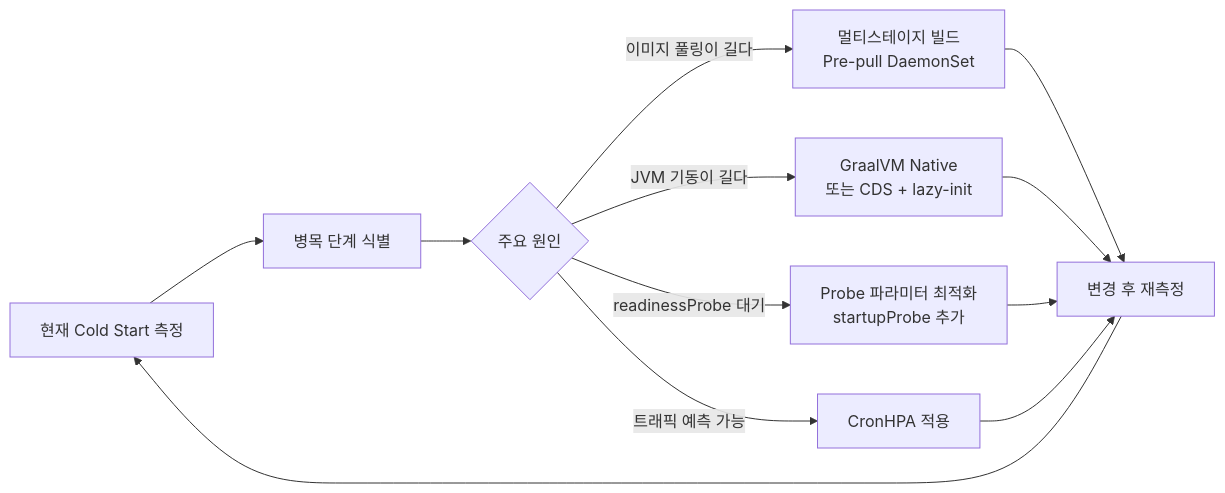
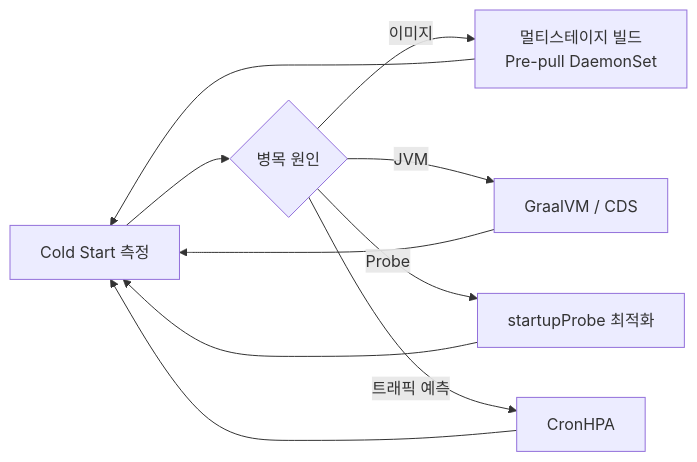
Before and after one commit to yjkim2015/yjkim2015.github.io: the fifth of 5 diagrams in _posts/cloud/2026-05-02-kubernetes-cold-start.md, drawn with Mermaid. The commit also changed other lines of this file and 215 other files, not shown here.

First line of the commit message:
신규 포스트 10개 추가 + Mermaid 전면 축소 + SystemDesign 시리즈 보강

````diff
--- a/_posts/cloud/2026-05-02-kubernetes-cold-start.md
+++ b/_posts/cloud/2026-05-02-kubernetes-cold-start.md
@@ -533,14 +526,9 @@
 ```mermaid
 graph LR
-    Measure["현재 Cold Start 측정"] --> Identify["병목 단계 식별"]
-    Identify --> B{"주요 원인"}
-    B -->|"이미지 풀링이 길다"| ImageOpt["멀티스테이지 빌드\nPre-pull DaemonSet"]
-    B -->|"JVM 기동이 길다"| JvmOpt["GraalVM Native\n또는 CDS + lazy-init"]
-    B -->|"readinessProbe 대기"| ProbeOpt["Probe 파라미터 최적화\nstartupProbe 추가"]
-    B -->|"트래픽 예측 가능"| Cron["CronHPA 적용"]
-    ImageOpt --> Remeasure["변경 후 재측정"]
-    JvmOpt --> Remeasure
-    ProbeOpt --> Remeasure
-    Cron --> Remeasure
-    Remeasure --> Measure
+    Measure["Cold Start 측정"] --> B{"병목 원인"}
+    B -->|"이미지"| ImageOpt["멀티스테이지 빌드\nPre-pull DaemonSet"]
+    B -->|"JVM"| JvmOpt["GraalVM / CDS"]
+    B -->|"Probe"| ProbeOpt["startupProbe 최적화"]
+    B -->|"트래픽 예측"| Cron["CronHPA"]
+    ImageOpt & JvmOpt & ProbeOpt & Cron --> Measure
 ```
````
